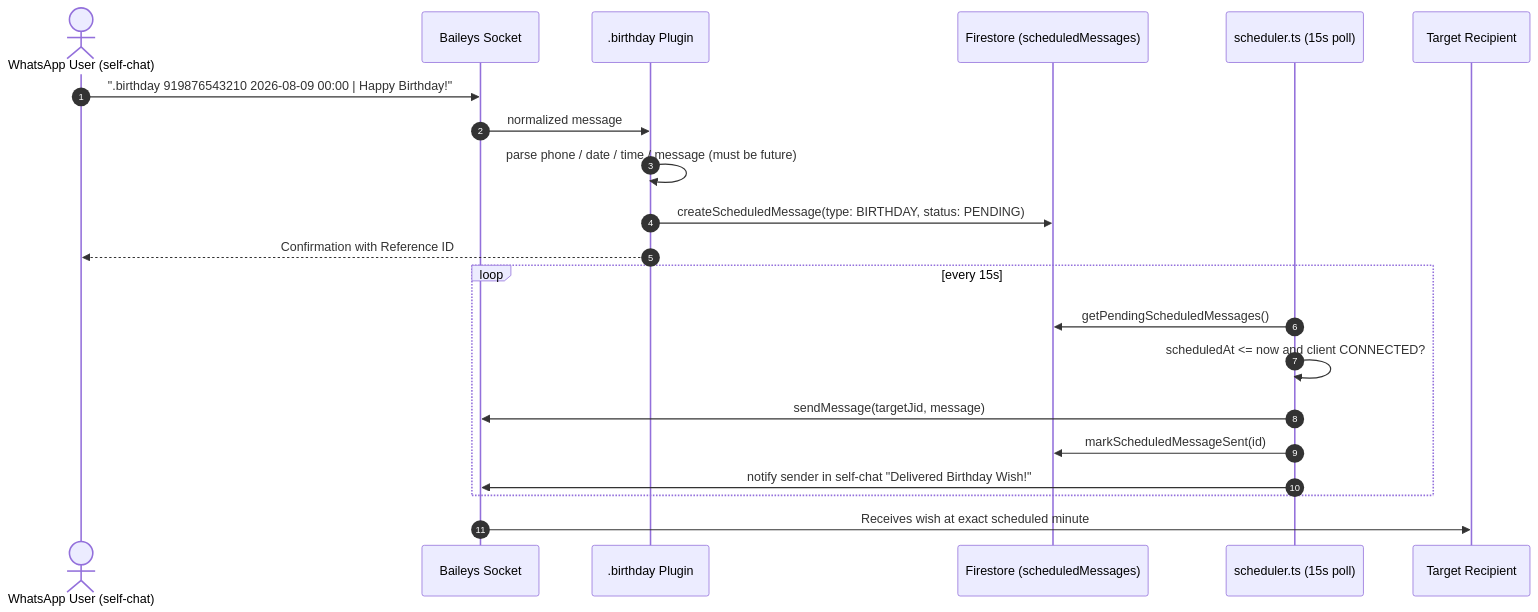
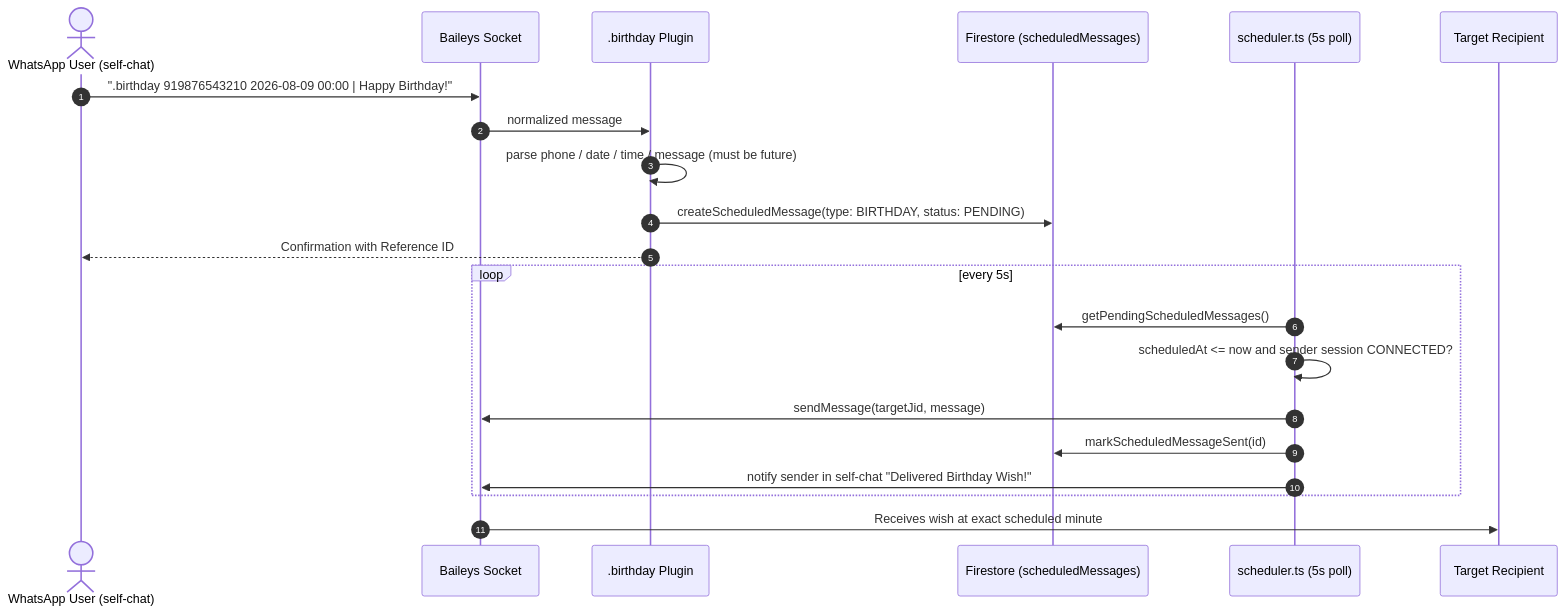
Before and after one commit to subhxroy/whatsapp-bot: the fourth of 4 diagrams in brain.md, drawn with Mermaid. The commit also changed other lines of this file and 2 other files, not shown here.

````diff
--- a/brain.md
+++ b/brain.md
@@ -721,24 +752,24 @@
 ```mermaid
 sequenceDiagram
     autonumber
     actor User as WhatsApp User (self-chat)
     participant WA as Baileys Socket
     participant Cmd as .birthday Plugin
     participant FS as Firestore (scheduledMessages)
-    participant Sched as scheduler.ts (15s poll)
+    participant Sched as scheduler.ts (5s poll)
     participant Target as Target Recipient
 
     User->>WA: ".birthday 919876543210 2026-08-09 00:00 | Happy Birthday!"
     WA->>Cmd: normalized message
     Cmd->>Cmd: parse phone / date / time / message (must be future)
     Cmd->>FS: createScheduledMessage(type: BIRTHDAY, status: PENDING)
     Cmd-->>User: Confirmation with Reference ID
-    loop every 15s
+    loop every 5s
         Sched->>FS: getPendingScheduledMessages()
-        Sched->>Sched: scheduledAt <= now and client CONNECTED?
+        Sched->>Sched: scheduledAt <= now and sender session CONNECTED?
         Sched->>WA: sendMessage(targetJid, message)
         Sched->>FS: markScheduledMessageSent(id)
         Sched->>WA: notify sender in self-chat "Delivered Birthday Wish!"
     end
     WA->>Target: Receives wish at exact scheduled minute
 ```
````
